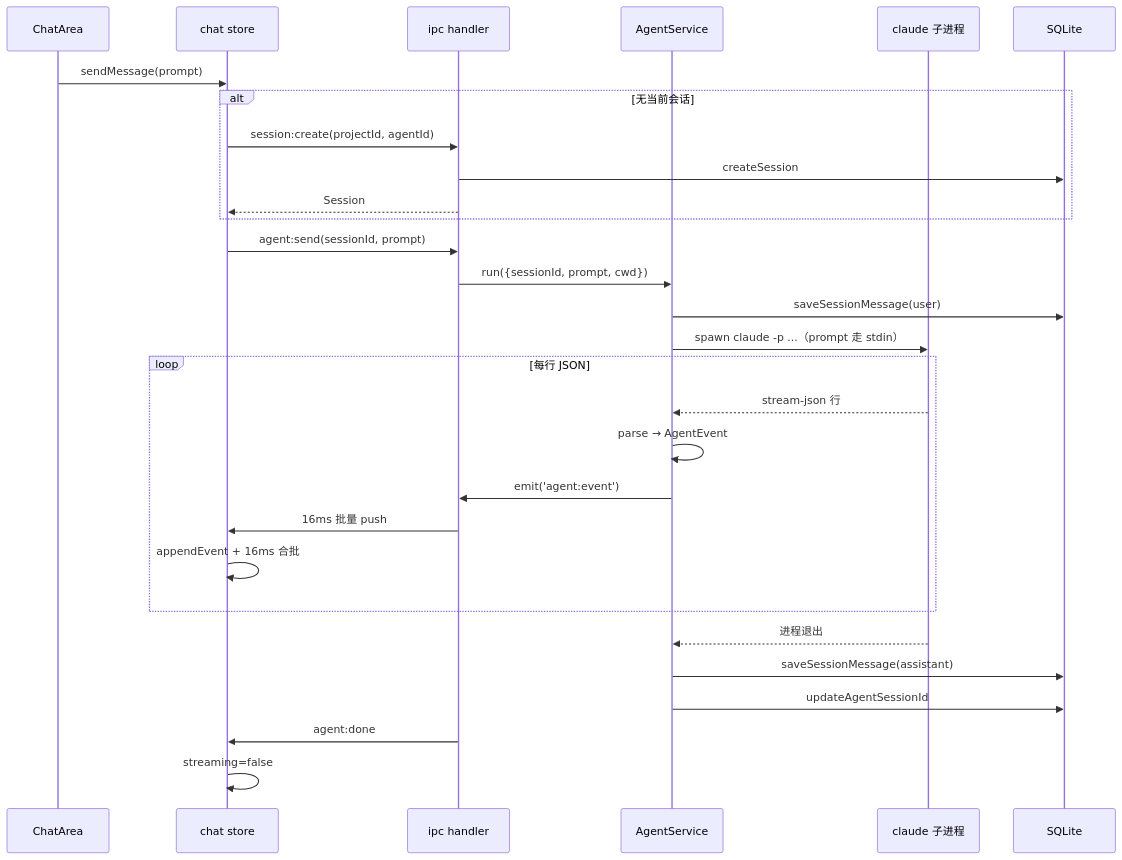
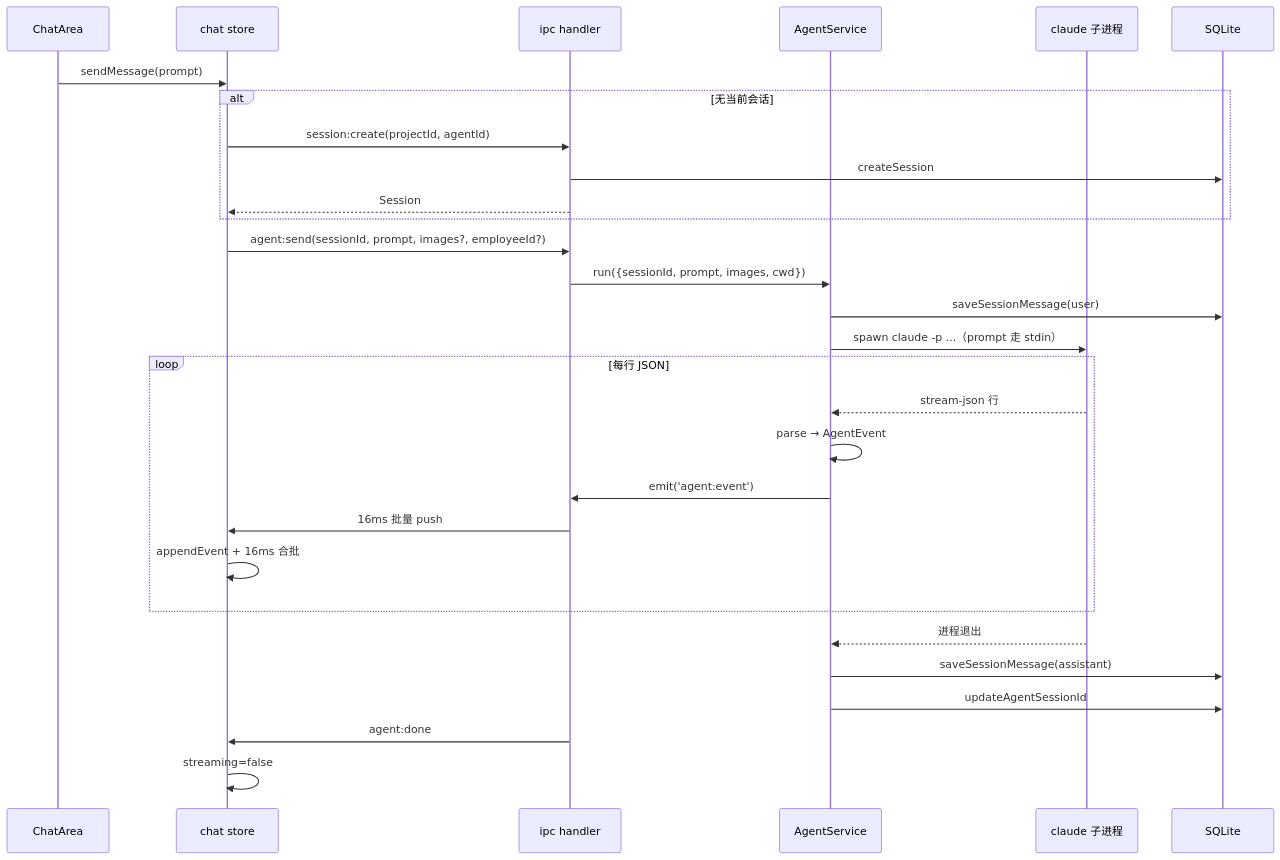
The fourth of 7 diagrams in docs/02-系统架构与关键决策.md (yangshunling/NovaStudio), drawn with Mermaid before and after one commit. The commit also changed other lines of this file and 66 other files, not shown here.

````diff
--- a/docs/02-系统架构与关键决策.md
+++ b/docs/02-系统架构与关键决策.md
@@ -365,32 +374,32 @@
 ```mermaid
 sequenceDiagram
   participant UI as ChatArea
   participant Store as chat store
   participant Main as ipc handler
   participant Svc as AgentService
   participant CLI as claude 子进程
   participant DB as SQLite
 
   UI->>Store: sendMessage(prompt)
   alt 无当前会话
     Store->>Main: session:create(projectId, agentId)
     Main->>DB: createSession
     Main-->>Store: Session
   end
-  Store->>Main: agent:send(sessionId, prompt)
-  Main->>Svc: run({sessionId, prompt, cwd})
+  Store->>Main: agent:send(sessionId, prompt, images?, employeeId?)
+  Main->>Svc: run({sessionId, prompt, images, cwd})
   Svc->>DB: saveSessionMessage(user)
   Svc->>CLI: spawn claude -p ...（prompt 走 stdin）
   loop 每行 JSON
     CLI-->>Svc: stream-json 行
     Svc->>Svc: parse → AgentEvent
     Svc->>Main: emit('agent:event')
     Main->>Store: 16ms 批量 push
     Store->>Store: appendEvent + 16ms 合批
   end
   CLI-->>Svc: 进程退出
   Svc->>DB: saveSessionMessage(assistant)
   Svc->>DB: updateAgentSessionId
   Main->>Store: agent:done
   Store->>Store: streaming=false
 ```
````
